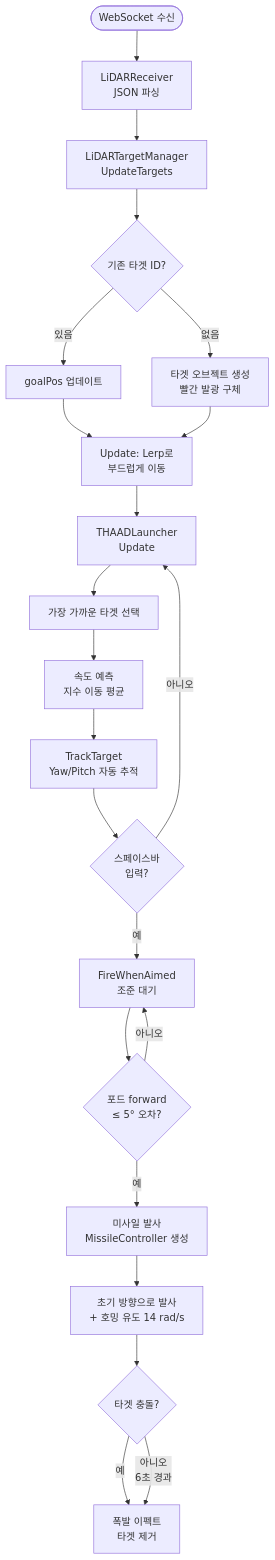
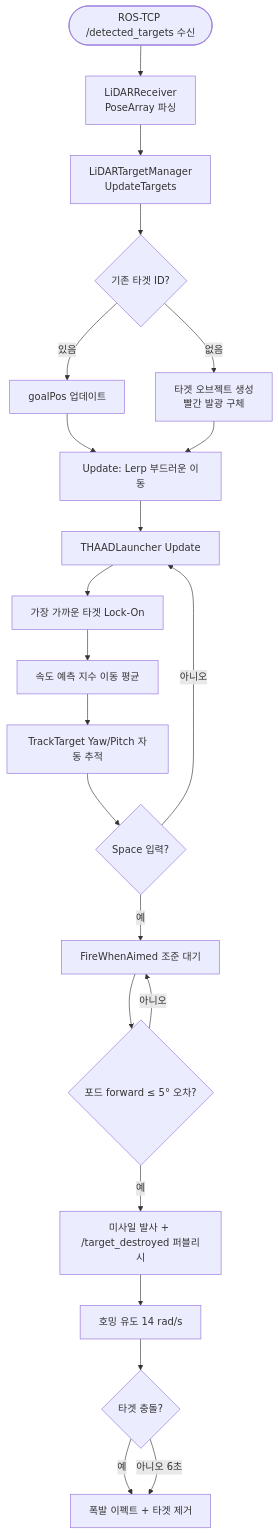
The third of 3 diagrams in README.md (changyeon47/3D-Air-Defense-Radar), drawn with Mermaid before and after one commit. The commit also changed other lines of this file and 25 other files, not shown here.

First line of the commit message:
feat: migrate to Gazebo Harmonic + ROS2 Jazzy + ROS-TCP-Connector

````diff
--- a/README.md
+++ b/README.md
@@ -89,29 +99,28 @@
 ```mermaid
 flowchart TD
-    A([WebSocket 수신]) --> B[LiDARReceiver\nJSON 파싱]
+    A([ROS-TCP /detected_targets 수신]) --> B[LiDARReceiver\nPoseArray 파싱]
     B --> C[LiDARTargetManager\nUpdateTargets]
 
     C --> D{기존 타겟 ID?}
     D -- 있음 --> E[goalPos 업데이트]
     D -- 없음 --> F[타겟 오브젝트 생성\n빨간 발광 구체]
 
-    E --> G[Update: Lerp로\n부드럽게 이동]
+    E --> G[Update: Lerp 부드러운 이동]
     F --> G
 
-    G --> H[THAADLauncher\nUpdate]
-    H --> I[가장 가까운 타겟 선택]
-    I --> J[속도 예측\n지수 이동 평균]
-    J --> K[TrackTarget\nYaw/Pitch 자동 추적]
+    G --> H[THAADLauncher Update]
+    H --> I[가장 가까운 타겟 Lock-On]
+    I --> J[속도 예측 지수 이동 평균]
+    J --> K[TrackTarget Yaw/Pitch 자동 추적]
 
-    K --> L{스페이스바\n입력?}
+    K --> L{Space 입력?}
     L -- 아니오 --> H
-    L -- 예 --> M[FireWhenAimed\n조준 대기]
-    M --> N{포드 forward\n≤ 5° 오차?}
+    L -- 예 --> M[FireWhenAimed 조준 대기]
+    M --> N{포드 forward ≤ 5° 오차?}
     N -- 아니오 --> M
-    N -- 예 --> O[미사일 발사\nMissileController 생성]
-
-    O --> P[초기 방향으로 발사\n+ 호밍 유도 14 rad/s]
+    N -- 예 --> O[미사일 발사 + /target_destroyed 퍼블리시]
+    O --> P[호밍 유도 14 rad/s]
     P --> Q{타겟 충돌?}
-    Q -- 예 --> R[폭발 이펙트\n타겟 제거]
-    Q -- 아니오\n6초 경과 --> R
+    Q -- 예 --> R[폭발 이펙트 + 타겟 제거]
+    Q -- 아니오 6초 --> R
 ```
````
